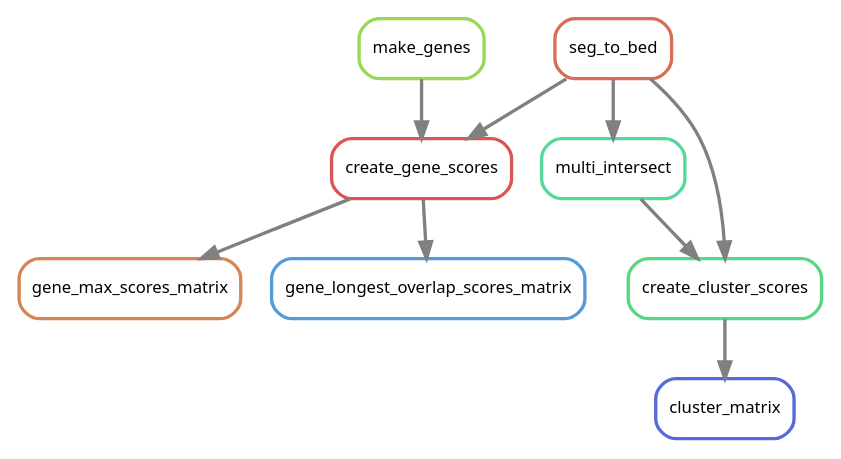
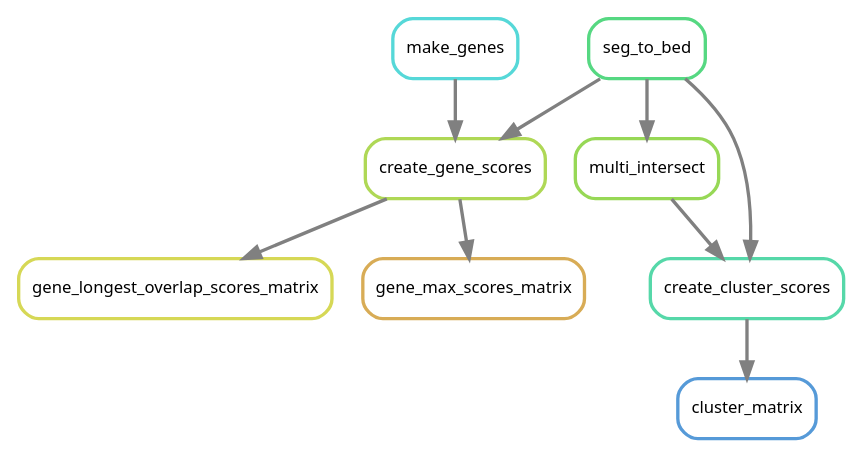
One commit to NCBI-Hackathons/Pharmacogenomics_Prediction_Pipeline_P3 changed the diagram in doc/source/images/cnv.dot. Above: the diagram before and after it, drawn with Graphviz. The commit also changed 28 other files, not shown here.

```diff
--- a/doc/source/images/cnv.dot
+++ b/doc/source/images/cnv.dot
@@ -1,21 +1,21 @@
 digraph snakemake_dag {
     graph[bgcolor=white, margin=0];
     node[shape=box, style=rounded, fontname=sans,                 fontsize=10, penwidth=2];
     edge[penwidth=2, color=grey];
-	0[label = "create_gene_scores", color = "0.00 0.6 0.85", style="rounded"];
-	1[label = "seg_to_bed", color = "0.03 0.6 0.85", style="rounded"];
-	2[label = "gene_max_scores_matrix", color = "0.06 0.6 0.85", style="rounded"];
-	3[label = "make_genes", color = "0.25 0.6 0.85", style="rounded"];
-	4[label = "gene_longest_overlap_scores_matrix", color = "0.58 0.6 0.85", style="rounded"];
-	5[label = "multi_intersect", color = "0.42 0.6 0.85", style="rounded"];
-	6[label = "cluster_matrix", color = "0.64 0.6 0.85", style="rounded"];
-	7[label = "create_cluster_scores", color = "0.39 0.6 0.85", style="rounded"];
-	1 -> 0
-	3 -> 0
-	0 -> 2
-	0 -> 4
-	1 -> 5
-	7 -> 6
+	0[label = "cluster_matrix", color = "0.58 0.6 0.85", style="rounded"];
+	1[label = "seg_to_bed", color = "0.39 0.6 0.85", style="rounded"];
+	2[label = "create_gene_scores", color = "0.22 0.6 0.85", style="rounded"];
+	3[label = "gene_longest_overlap_scores_matrix", color = "0.17 0.6 0.85", style="rounded"];
+	4[label = "multi_intersect", color = "0.25 0.6 0.85", style="rounded"];
+	5[label = "gene_max_scores_matrix", color = "0.11 0.6 0.85", style="rounded"];
+	6[label = "make_genes", color = "0.50 0.6 0.85", style="rounded"];
+	7[label = "create_cluster_scores", color = "0.44 0.6 0.85", style="rounded"];
+	7 -> 0
+	1 -> 2
+	6 -> 2
+	2 -> 3
+	1 -> 4
+	2 -> 5
+	4 -> 7
 	1 -> 7
-	5 -> 7
 }            
```
